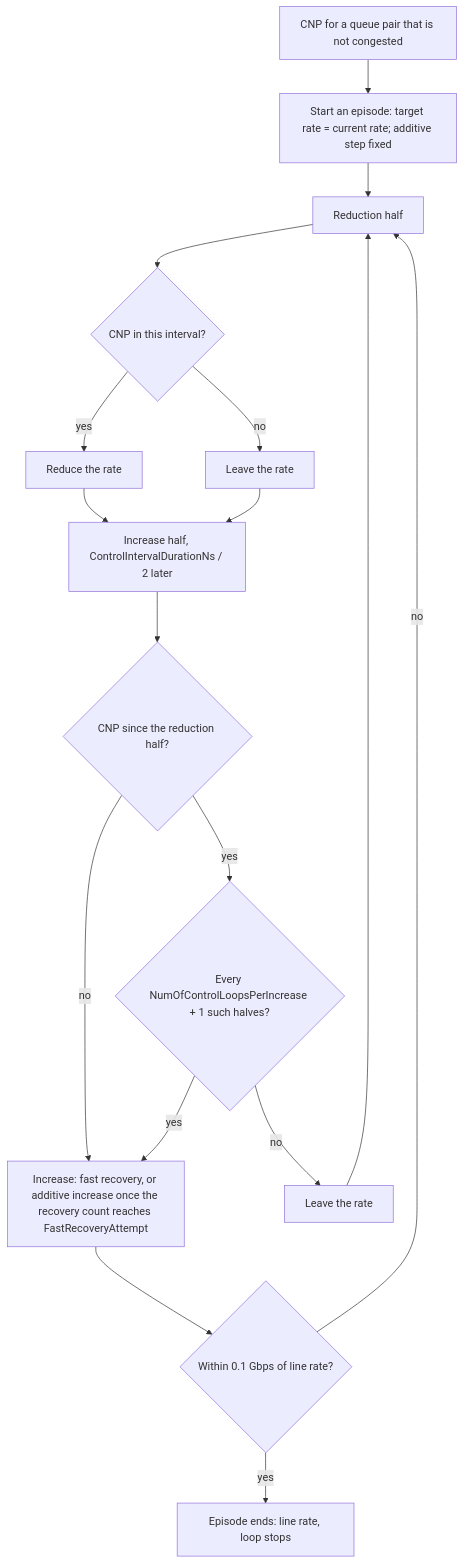
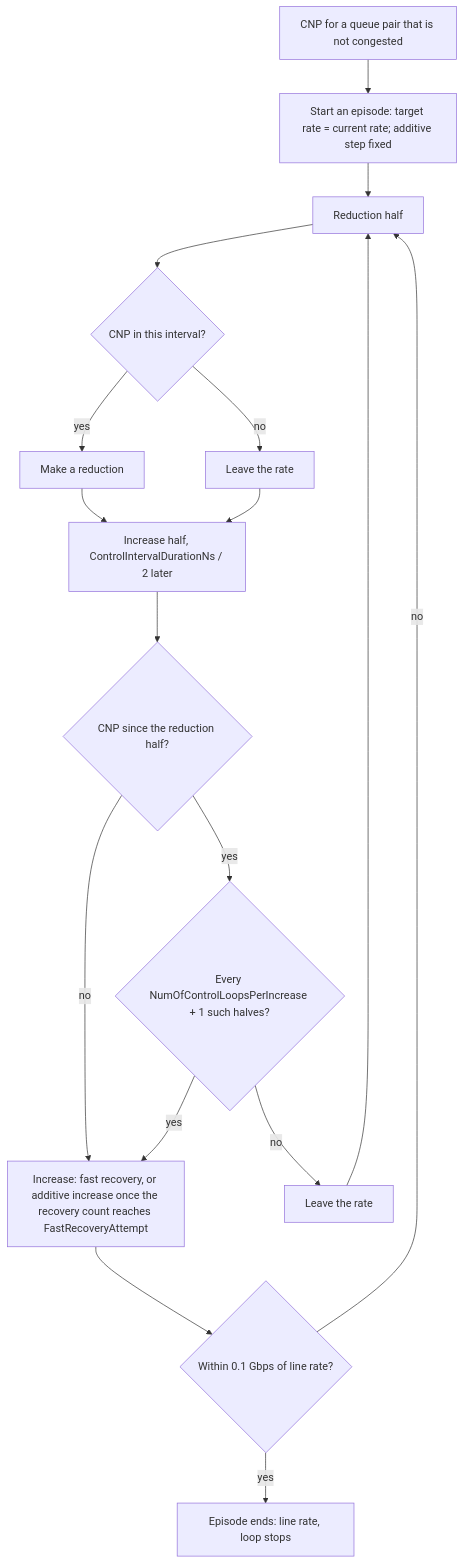
The second of 2 diagrams in models/scala-roce-nic/congestion-control.md (scala-computing/docs), drawn with Mermaid before and after one commit. The commit also changed other lines of this file and 9 other files, not shown here.

````diff
--- a/models/scala-roce-nic/congestion-control.md
+++ b/models/scala-roce-nic/congestion-control.md
@@ -82,19 +82,19 @@
 ```mermaid
 flowchart TB
   C["CNP for a queue pair that is not congested"] --> E["Start an episode: target rate = current rate; additive step fixed"]
   E --> RH["Reduction half"]
   RH --> RC{"CNP in this interval?"}
-  RC -->|"yes"| RD["Reduce the rate"]
+  RC -->|"yes"| RD["Make a reduction"]
   RC -->|"no"| W1["Leave the rate"]
   RD --> IH["Increase half, ControlIntervalDurationNs / 2 later"]
   W1 --> IH
   IH --> IC{"CNP since the reduction half?"}
   IC -->|"no"| UP["Increase: fast recovery, or additive increase once the recovery count reaches FastRecoveryAttempt"]
   IC -->|"yes"| N{"Every NumOfControlLoopsPerIncrease + 1 such halves?"}
   N -->|"yes"| UP
   N -->|"no"| W2["Leave the rate"]
   UP --> LR{"Within 0.1 Gbps of line rate?"}
   LR -->|"yes"| END["Episode ends: line rate, loop stops"]
   LR -->|"no"| RH
   W2 --> RH
 ```
````
